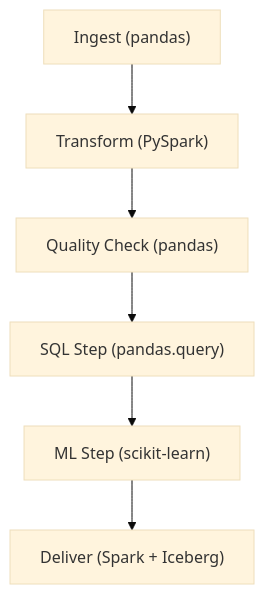
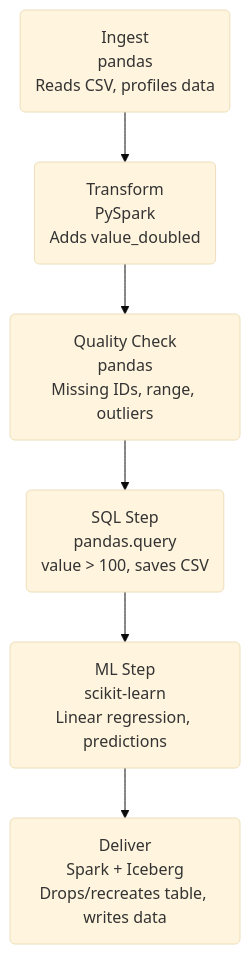
The diagram in README.md (justin-mbca/siri-ai-quality-engineering-pipeline), drawn with Mermaid (base theme) before and after one commit. The commit also changed other lines of this file, not shown here.

Commit message:
Enhance Mermaid diagram in README with detailed step info and triple quotes

````diff
--- a/README.md
+++ b/README.md
@@ -5,8 +6,8 @@
 ```mermaid
 flowchart TD
-    A["Ingest (pandas)"] --> B["Transform (PySpark)"]
-    B --> C["Quality Check (pandas)"]
-    C --> D["SQL Step (pandas.query)"]
-    D --> E["ML Step (scikit-learn)"]
-    E --> F["Deliver (Spark + Iceberg)"]
+    A(Ingest<br/>pandas<br/>Reads CSV, profiles data) --> B(Transform<br/>PySpark<br/>Adds value_doubled)
+    B --> C(Quality Check<br/>pandas<br/>Missing IDs, range, outliers)
+    C --> D(SQL Step<br/>pandas.query<br/>value > 100, saves CSV)
+    D --> E(ML Step<br/>scikit-learn<br/>Linear regression, predictions)
+    E --> F(Deliver<br/>Spark + Iceberg<br/>Drops/recreates table, writes data)
 ```
````
